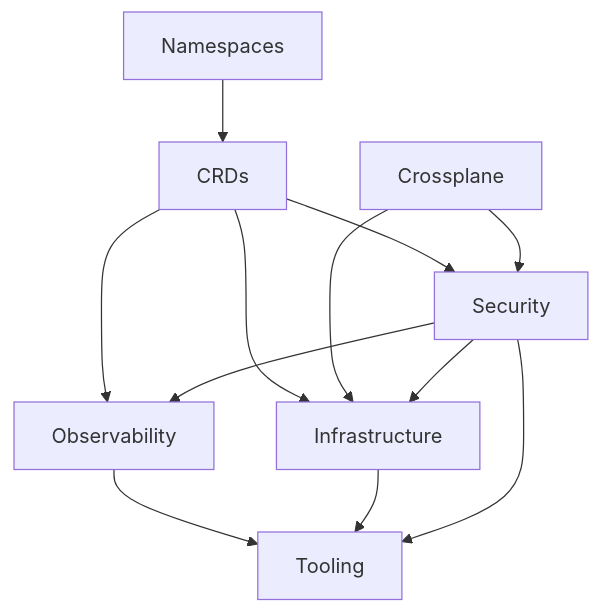
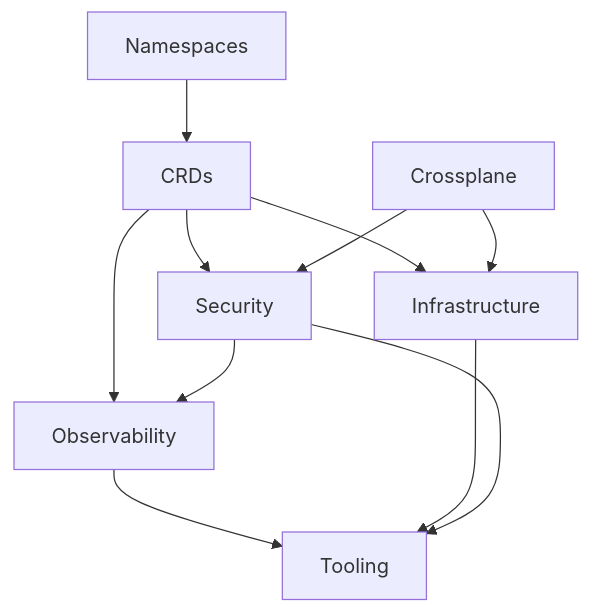
The diagram in README.md (Smana/cloud-native-ref), drawn with Mermaid before and after one commit. The commit also changed other lines of this file and 11 other files, not shown here.

````diff
--- a/README.md
+++ b/README.md
@@ -14,14 +14,13 @@
 ```mermaid
 graph TD;
     Namespaces-->CRDs;
     CRDs-->Observability;
     CRDs-->Security;
     CRDs-->Infrastructure;
     Crossplane-->Infrastructure;
     Crossplane-->Security;
     Observability-->Tooling;
     Infrastructure-->Tooling;
     Security-->Tooling;
-    Security-->Observability;
-    Security-->Infrastructure
+    Security-->Observability
 ```
````
